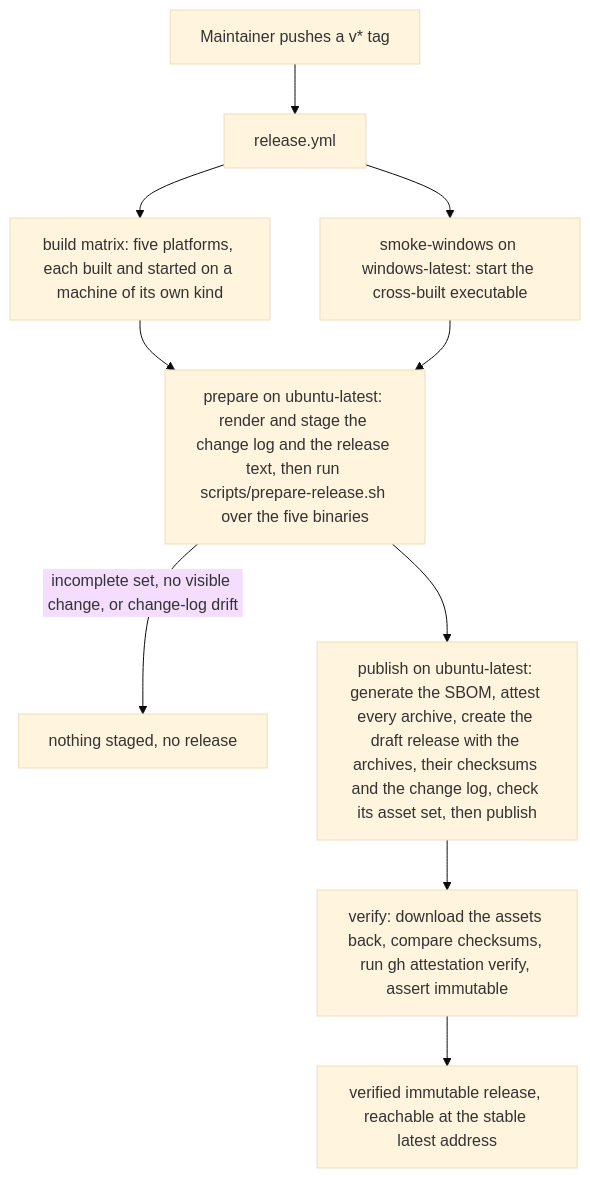
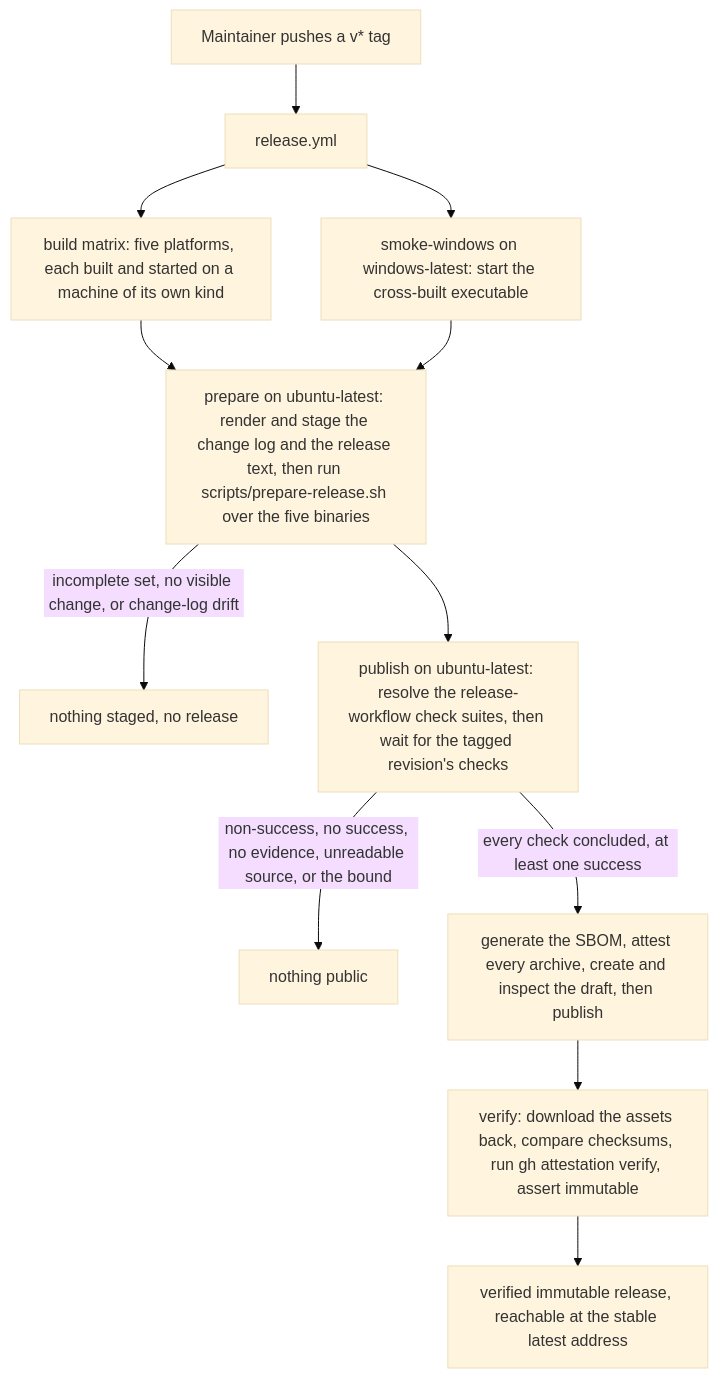
Before and after one commit to duty2cal/duty2cal: the fourth of 6 diagrams in docs/arc42/06-runtime-view.md, drawn with Mermaid (base theme). The commit also changed other lines of this file and 19 other files, not shown here.

Commit message:
feat(publish-public-release): A release is published only after every check on the tagged revision has concluded successfully, so the branch and tag can be pushed together without racing the gate.

````diff
--- a/docs/arc42/06-runtime-view.md
+++ b/docs/arc42/06-runtime-view.md
@@ -93,12 +93,14 @@
 ```mermaid
 flowchart TB
   tag["Maintainer pushes a v* tag"] --> rel["release.yml"]
   rel --> build["build matrix: five platforms, each built and started on a machine of its own kind"]
   rel --> smoke["smoke-windows on windows-latest: start the cross-built executable"]
   build --> prep["prepare on ubuntu-latest: render and stage the change log and the release text, then run scripts/prepare-release.sh over the five binaries"]
   smoke --> prep
   prep -->|"incomplete set, no visible change, or change-log drift"| nostage["nothing staged, no release"]
-  prep --> pub["publish on ubuntu-latest: generate the SBOM, attest every archive, create the draft release with the archives, their checksums and the change log, check its asset set, then publish"]
-  pub --> ver["verify: download the assets back, compare checksums, run gh attestation verify, assert immutable"]
+  prep --> pub["publish on ubuntu-latest: resolve the release-workflow check suites, then wait for the tagged revision's checks"]
+  pub -->|"non-success, no success, no evidence, unreadable source, or the bound"| nopub["nothing public"]
+  pub -->|"every check concluded, at least one success"| stage["generate the SBOM, attest every archive, create and inspect the draft, then publish"]
+  stage --> ver["verify: download the assets back, compare checksums, run gh attestation verify, assert immutable"]
   ver --> done["verified immutable release, reachable at the stable latest address"]
 ```
````
